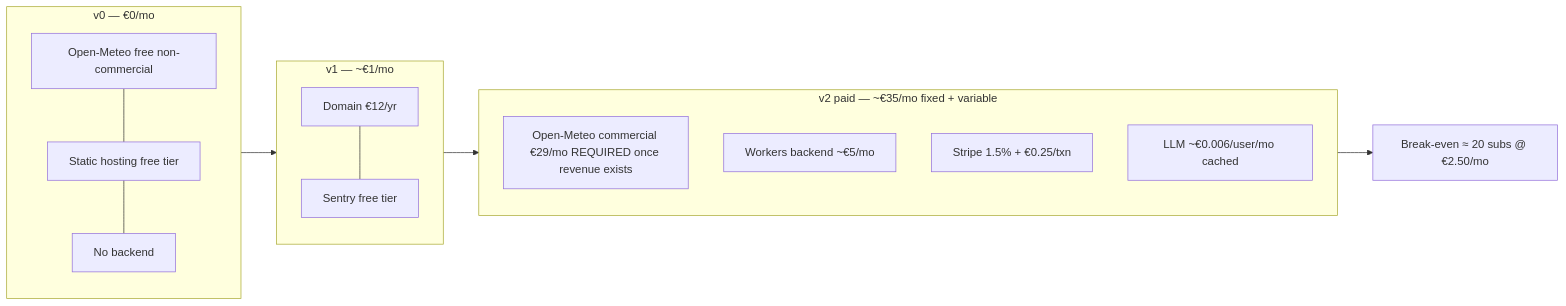
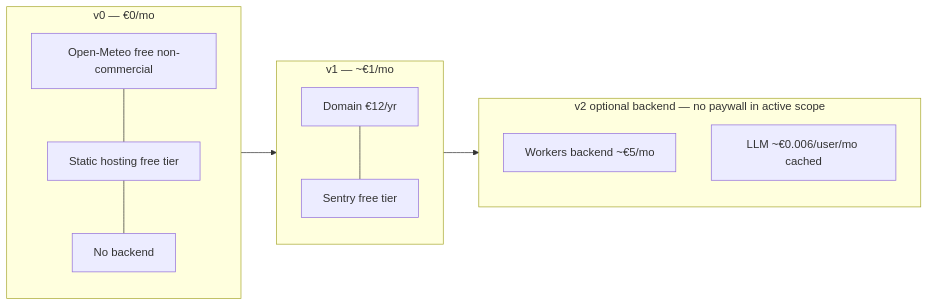
Before and after one commit to jpoindexter/realtemp: the fifth of 6 diagrams in docs/flows.md, drawn with Mermaid. The commit also changed other lines of this file and 6 other files, not shown here.

Commit message:
Park paywall roadmap items

````diff
--- a/docs/flows.md
+++ b/docs/flows.md
@@ -80,17 +80,14 @@
 ```mermaid
 flowchart LR
     subgraph v0 [v0 — €0/mo]
         c1[Open-Meteo free non-commercial] --- c2[Static hosting free tier] --- c3[No backend]
     end
     subgraph v1 [v1 — ~€1/mo]
         c4[Domain €12/yr] --- c5[Sentry free tier]
     end
-    subgraph v2 [v2 paid — ~€35/mo fixed + variable]
-        c6[Open-Meteo commercial €29/mo REQUIRED once revenue exists]
+    subgraph v2 [v2 optional backend — no paywall in active scope]
         c7[Workers backend ~€5/mo]
-        c8["Stripe 1.5% + €0.25/txn"]
         c9[LLM ~€0.006/user/mo cached]
     end
     v0 --> v1 --> v2
-    v2 --> BE["Break-even ≈ 20 subs @ €2.50/mo"]
 ```
````
